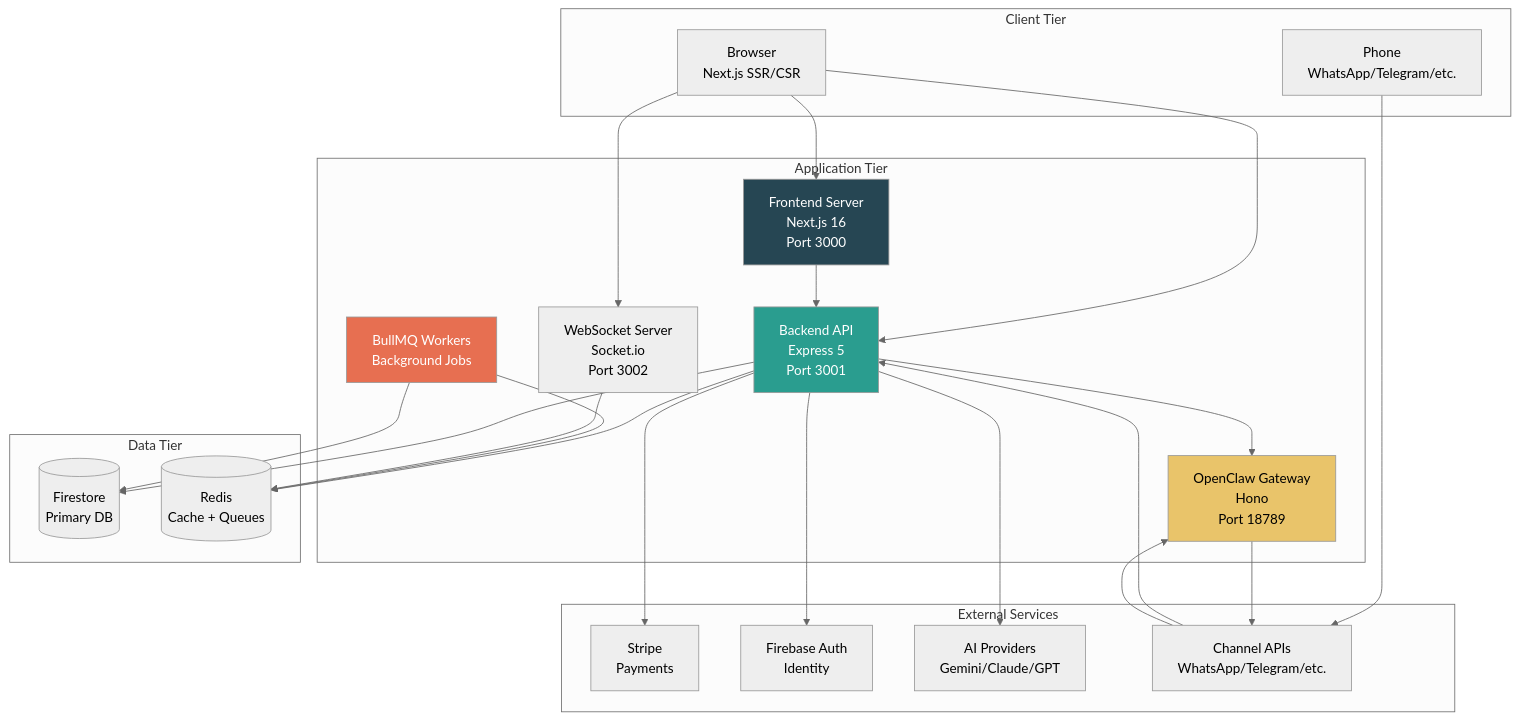
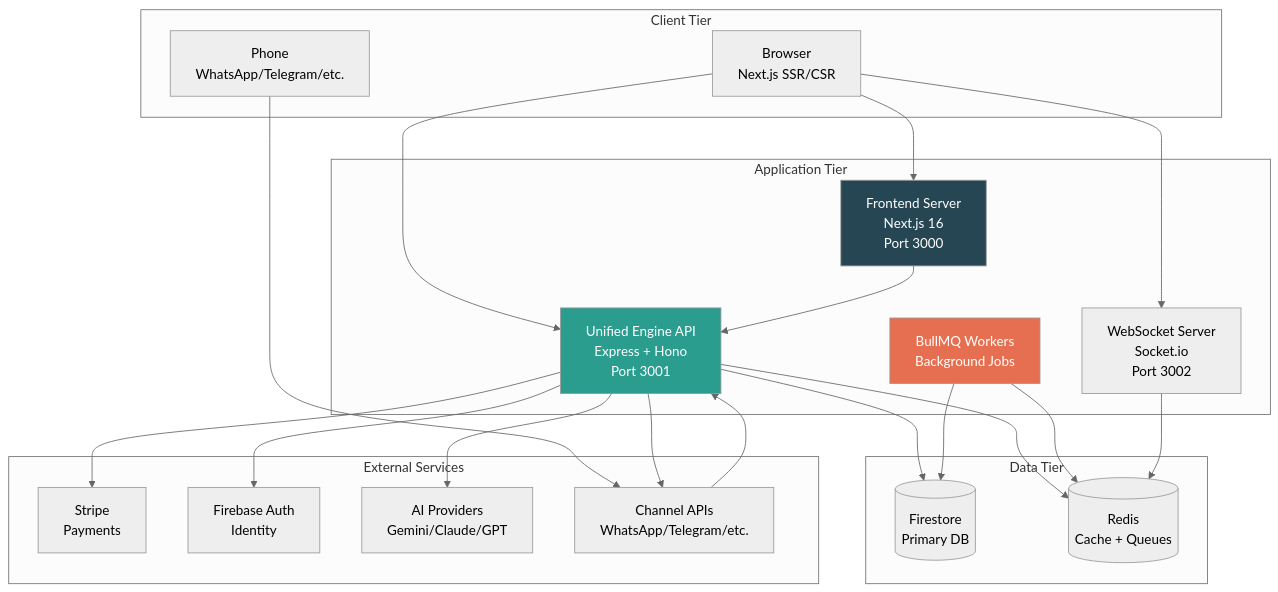
One commit to SplashCodeDex/DeXMart changed diagram 12 of 15 in docs/architecture/SYSTEM_DIAGRAMS.md. Above: the diagram before and after it, drawn with Mermaid (neutral theme). The commit also changed other lines of this file and 46 other files, not shown here.

````diff
--- a/docs/architecture/SYSTEM_DIAGRAMS.md
+++ b/docs/architecture/SYSTEM_DIAGRAMS.md
@@ -558,51 +550,47 @@
 ```mermaid
 graph TB
     subgraph "Client Tier"
         BR[Browser<br/>Next.js SSR/CSR]
         PH[Phone<br/>WhatsApp/Telegram/etc.]
     end
 
     subgraph "Application Tier"
         FE[Frontend Server<br/>Next.js 16<br/>Port 3000]
-        BE[Backend API<br/>Express 5<br/>Port 3001]
+        BE[Unified Engine API<br/>Express + Hono<br/>Port 3001]
         WS[WebSocket Server<br/>Socket.io<br/>Port 3002]
-        GW[OpenClaw Gateway<br/>Hono<br/>Port 18789]
         WK[BullMQ Workers<br/>Background Jobs]
     end
 
     subgraph "Data Tier"
         FS[(Firestore<br/>Primary DB)]
         RD[(Redis<br/>Cache + Queues)]
     end
 
     subgraph "External Services"
         ST[Stripe<br/>Payments]
         FB[Firebase Auth<br/>Identity]
         AI[AI Providers<br/>Gemini/Claude/GPT]
         CH[Channel APIs<br/>WhatsApp/Telegram/etc.]
     end
 
     BR --> FE
     BR --> BE
     BR --> WS
     PH --> CH
     CH --> BE
-    CH --> GW
 
     FE --> BE
-    BE --> GW
     BE --> FS
     BE --> RD
     BE --> ST
     BE --> FB
     BE --> AI
+    BE --> CH
     WK --> RD
     WK --> FS
-    GW --> CH
     WS --> RD
 
     style FE fill:#264653,color:#fff
     style BE fill:#2a9d8f,color:#fff
-    style GW fill:#e9c46a,color:#000
     style WK fill:#e76f51,color:#fff
 ```
````
